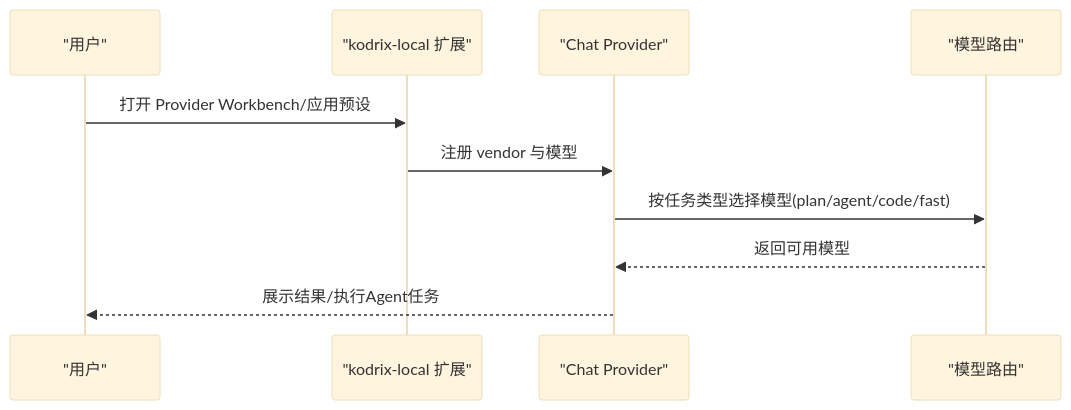
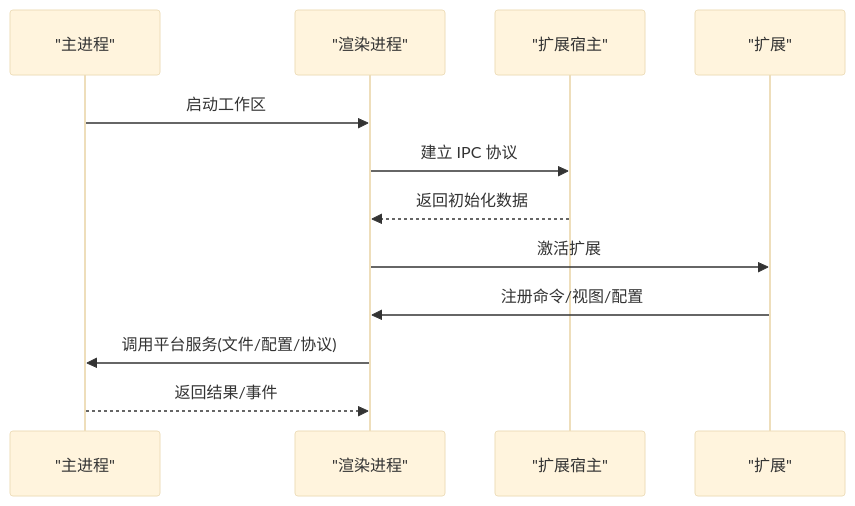
The fourth of 7 diagrams in .qoder/repowiki/zh/content/架构设计/架构设计.md (sofate798/KodrixCode), drawn with Mermaid (base theme) before and after one commit. The commit also changed other lines of this file and 178 other files, not shown here.

````diff
--- a/.qoder/repowiki/zh/content/架构设计/架构设计.md
+++ b/.qoder/repowiki/zh/content/架构设计/架构设计.md
@@ -212,12 +149,14 @@
 ```mermaid
 sequenceDiagram
-participant User as "用户"
-participant Local as "kodrix-local 扩展"
-participant Chat as "Chat Provider"
-participant Router as "模型路由"
-User->>Local : 打开 Provider Workbench/应用预设
-Local->>Chat : 注册 vendor 与模型
-Chat->>Router : 按任务类型选择模型(plan/agent/code/fast)
-Router-->>Chat : 返回可用模型
-Chat-->>User : 展示结果/执行Agent任务
+participant Main as "主进程"
+participant Render as "渲染进程"
+participant ExtHost as "扩展宿主"
+participant Ext as "扩展"
+Main->>Render : 启动工作区
+Render->>ExtHost : 建立 IPC 协议
+ExtHost-->>Render : 返回初始化数据
+Render->>Ext : 激活扩展
+Ext->>Render : 注册命令/视图/配置
+Render->>Main : 调用平台服务(文件/配置/协议)
+Main-->>Render : 返回结果/事件
 ```
````
